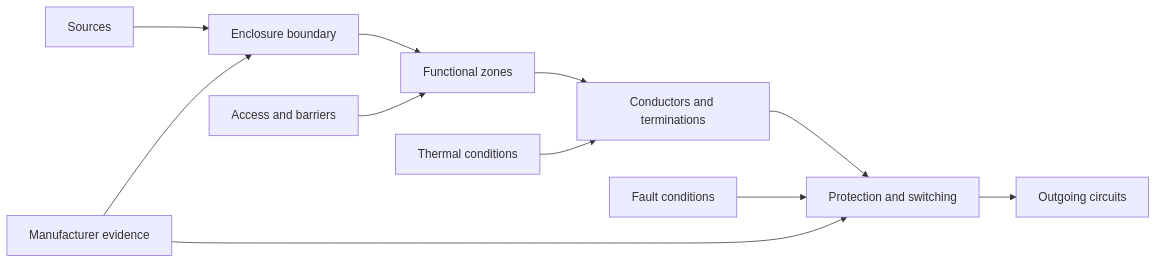
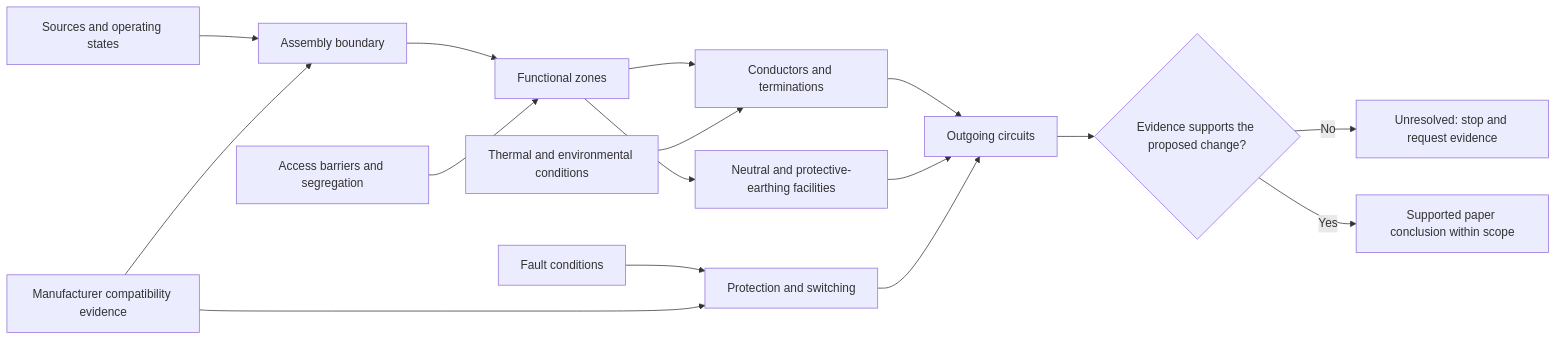
The second of 2 diagrams in docs/learning-plans/4-week/modules/day-13b-switchboard-construction-and-arrangements.md (andrew3stedall/capstone), drawn with Mermaid before and after one commit. The commit also changed other lines of this file, not shown here.

````diff
--- a/docs/learning-plans/4-week/modules/day-13b-switchboard-construction-and-arrangements.md
+++ b/docs/learning-plans/4-week/modules/day-13b-switchboard-construction-and-arrangements.md
@@ -120,13 +174,18 @@
 ```mermaid
 flowchart LR
-    S["Sources"] --> E["Enclosure boundary"]
-    E --> Z["Functional zones"]
+    S["Sources and operating states"] --> B["Assembly boundary"]
+    B --> Z["Functional zones"]
     Z --> C["Conductors and terminations"]
-    C --> P["Protection and switching"]
-    P --> O["Outgoing circuits"]
-    A["Access and barriers"] --> Z
-    T["Thermal conditions"] --> C
-    F["Fault conditions"] --> P
-    M["Manufacturer evidence"] --> E
+    Z --> N["Neutral and protective-earthing facilities"]
+    A["Access barriers and segregation"] --> Z
+    T["Thermal and environmental conditions"] --> C
+    F["Fault conditions"] --> P["Protection and switching"]
+    M["Manufacturer compatibility evidence"] --> B
     M --> P
+    C --> O["Outgoing circuits"]
+    N --> O
+    P --> O
+    O --> Q{"Evidence supports the proposed change?"}
+    Q -->|"No"| U["Unresolved: stop and request evidence"]
+    Q -->|"Yes"| R["Supported paper conclusion within scope"]
 ```
````
